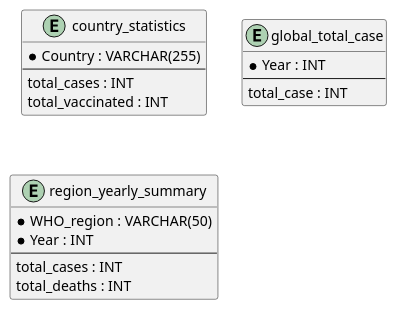
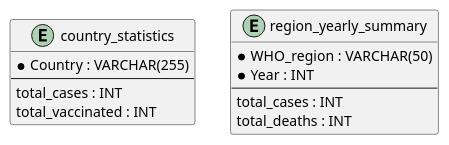
Before and after one commit to MSPRs-2024-2025-EPSI-B3-FS-C2-Gx/MSPR2-Back: the diagram in app/sql/mcd.puml, drawn with PlantUML. The commit also changed 2 other files, not shown here.

Commit message:
Removed Global Total Case

```diff
--- a/app/sql/mcd.puml
+++ b/app/sql/mcd.puml
@@ -1,26 +1,19 @@
 @startuml
 ' Définition de la table country_statistics
 entity "country_statistics" as cs {
   * Country : VARCHAR(255)
   --
   total_cases : INT
   total_vaccinated : INT
-}
-
-' Définition de la table global_total_case
-entity "global_total_case" as gtc {
-  * Year : INT
-  --
-  total_case : INT
 }
 
 ' Définition de la table region_yearly_summary
 entity "region_yearly_summary" as rys {
   * WHO_region : VARCHAR(50)
   * Year : INT
   --
   total_cases : INT
   total_deaths : INT
 }
 
 @enduml
```
